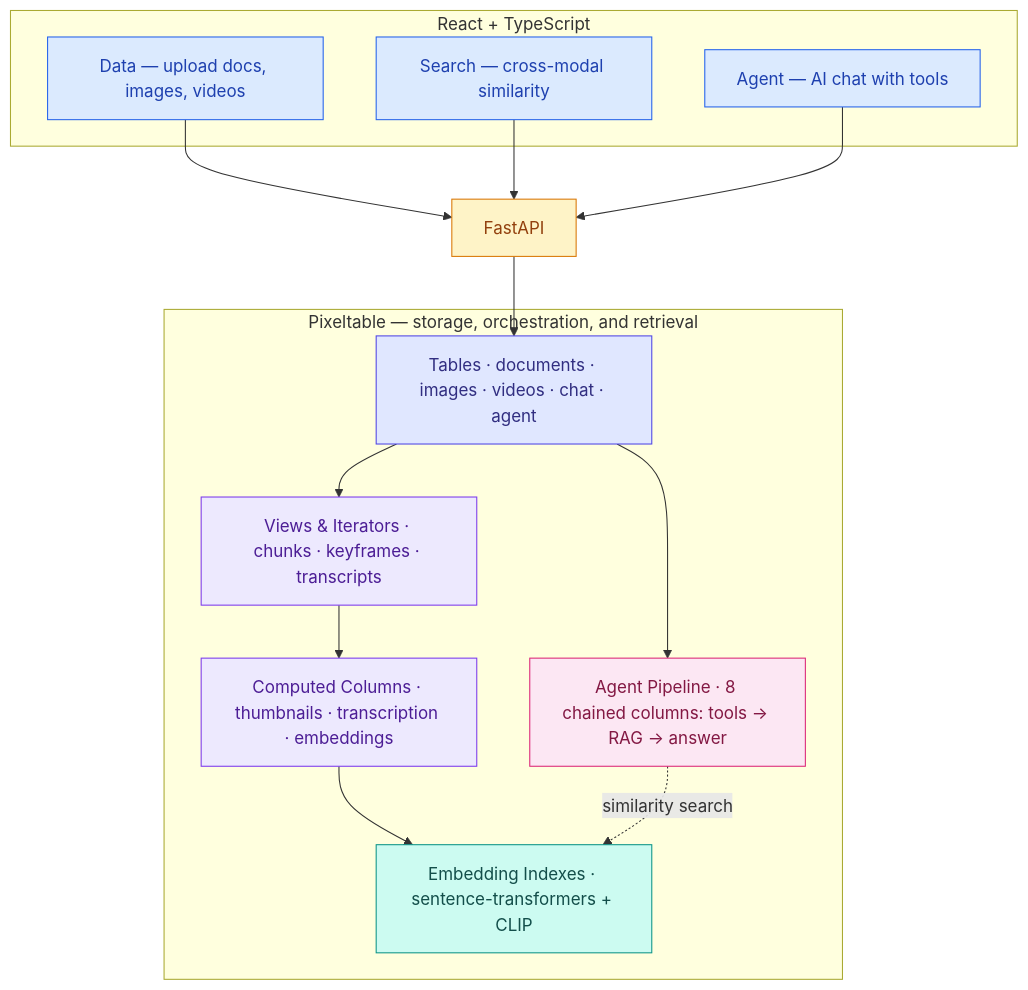
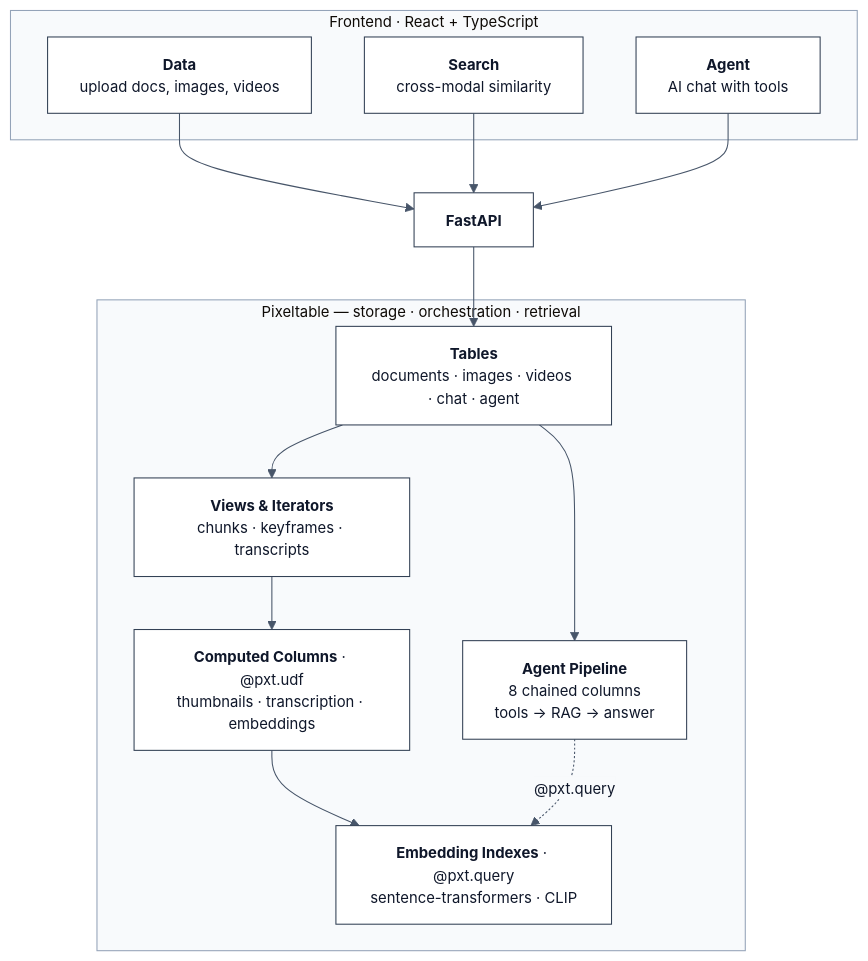
Before and after one commit to pixeltable/pixeltable-starter-kit: the diagram in README.md, drawn with Mermaid.

Commit message:
Clean up architecture diagram: monochrome theme, bold titles, add @pxt.udf and @pxt.query
Made-with: Cursor

````diff
--- a/README.md
+++ b/README.md
@@ -5,38 +5,25 @@
 ```mermaid
+%%{init: {'theme': 'base', 'themeVariables': {'primaryColor': '#ffffff', 'primaryTextColor': '#0f172a', 'primaryBorderColor': '#334155', 'lineColor': '#475569', 'secondaryColor': '#f8fafc', 'tertiaryColor': '#f1f5f9', 'clusterBkg': '#f8fafc', 'clusterBorder': '#94a3b8', 'fontSize': '14px'}}}%%
 graph TD
-    subgraph Frontend["React + TypeScript"]
-        D["Data — upload docs, images, videos"]
-        S["Search — cross-modal similarity"]
-        A["Agent — AI chat with tools"]
+    subgraph Frontend["Frontend · React + TypeScript"]
+        D["<b>Data</b><br/>upload docs, images, videos"]
+        S["<b>Search</b><br/>cross-modal similarity"]
+        A["<b>Agent</b><br/>AI chat with tools"]
     end
 
-    API["FastAPI"]
+    API["<b>FastAPI</b>"]
 
-    subgraph PXT["Pixeltable — storage, orchestration, and retrieval"]
-        Tables["Tables · documents · images · videos · chat · agent"]
-        Views["Views & Iterators · chunks · keyframes · transcripts"]
-        CC["Computed Columns · thumbnails · transcription · embeddings"]
-        EI["Embedding Indexes · sentence-transformers + CLIP"]
-        AP["Agent Pipeline · 8 chained columns: tools → RAG → answer"]
+    subgraph PXT["Pixeltable — storage · orchestration · retrieval"]
+        Tables["<b>Tables</b><br/>documents · images · videos · chat · agent"]
+        Views["<b>Views & Iterators</b><br/>chunks · keyframes · transcripts"]
+        CC["<b>Computed Columns</b> · @pxt.udf<br/>thumbnails · transcription · embeddings"]
+        EI["<b>Embedding Indexes</b> · @pxt.query<br/>sentence-transformers · CLIP"]
+        AP["<b>Agent Pipeline</b><br/>8 chained columns<br/>tools → RAG → answer"]
     end
 
     D & S & A --> API
     API --> Tables
     Tables --> Views --> CC --> EI
     Tables --> AP
-    AP -.->|similarity search| EI
-
-    classDef blue fill:#dbeafe,stroke:#2563eb,color:#1e40af
-    classDef amber fill:#fef3c7,stroke:#d97706,color:#92400e
-    classDef indigo fill:#e0e7ff,stroke:#4f46e5,color:#312e81
-    classDef violet fill:#ede9fe,stroke:#7c3aed,color:#4c1d95
-    classDef teal fill:#ccfbf1,stroke:#0d9488,color:#134e4a
-    classDef pink fill:#fce7f3,stroke:#db2777,color:#831843
-
-    class D,S,A blue
-    class API amber
-    class Tables indigo
-    class Views,CC violet
-    class EI teal
-    class AP pink
+    AP -.->|"@pxt.query"| EI
 ```
````
